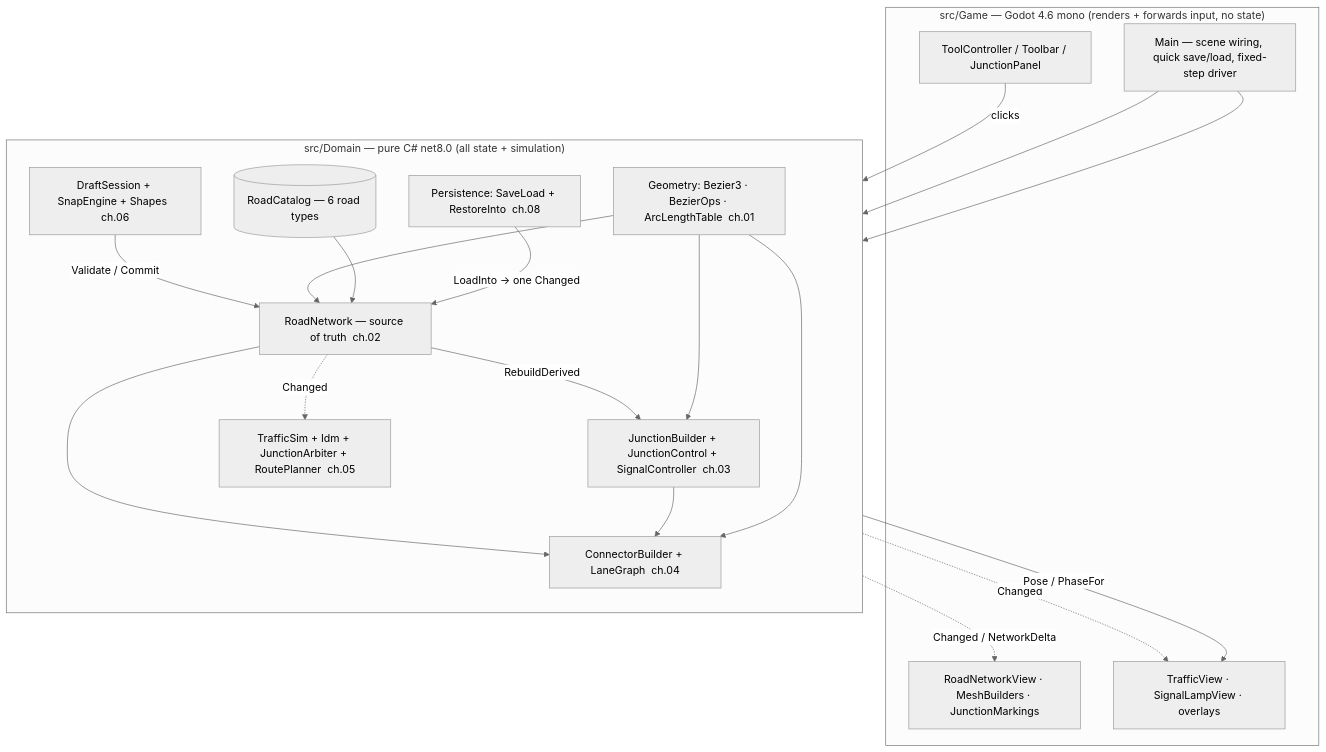
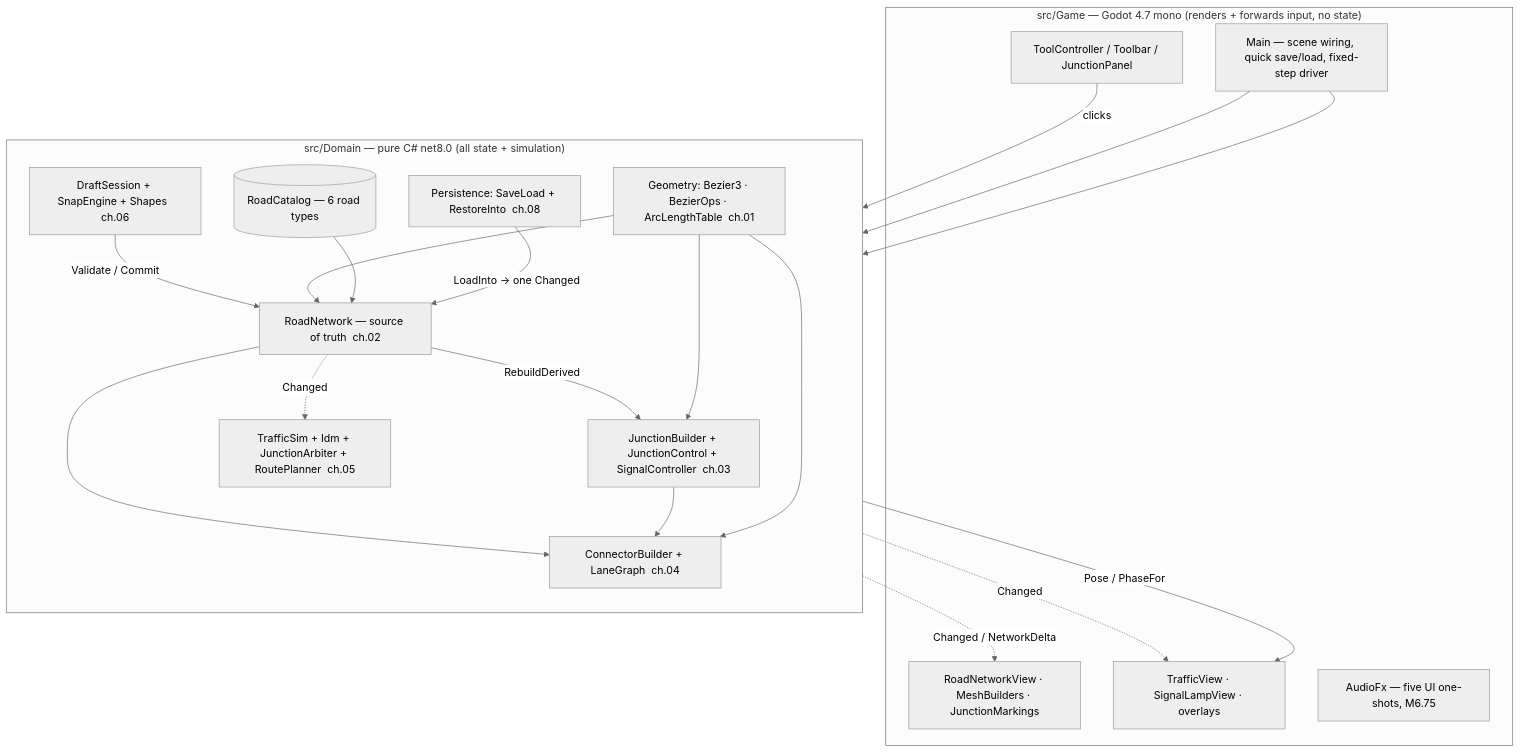
Before and after one commit to thecherry94/citybuilder: the diagram in docs/manual/00-overview.md, drawn with Mermaid (neutral theme). The commit also changed 10 other files, not shown here.

First line of the commit message:
docs+cert: M6.75 road-building feel — fuzz 3x10k green, KPI M6.75 health report (validate500 spike shown environmental via A/B worktree), manual/conventions/roadmap/spec drift

````diff
--- a/docs/manual/00-overview.md
+++ b/docs/manual/00-overview.md
@@ -44,36 +44,37 @@
 ```mermaid
 flowchart TB
-    subgraph Game["src/Game — Godot 4.6 mono (renders + forwards input, no state)"]
+    subgraph Game["src/Game — Godot 4.7 mono (renders + forwards input, no state)"]
         TC[ToolController / Toolbar / JunctionPanel]
         RV[RoadNetworkView · MeshBuilders · JunctionMarkings]
         TV[TrafficView · SignalLampView · overlays]
+        AFX[AudioFx — five UI one-shots, M6.75]
         MAIN[Main — scene wiring, quick save/load, fixed-step driver]
     end
     subgraph Domain["src/Domain — pure C# net8.0 (all state + simulation)"]
         direction TB
         DS[DraftSession + SnapEngine + Shapes  ch.06]
         RN[RoadNetwork — source of truth  ch.02]
         GEO[Geometry: Bezier3 · BezierOps · ArcLengthTable  ch.01]
         JB[JunctionBuilder + JunctionControl + SignalController  ch.03]
         CB[ConnectorBuilder + LaneGraph  ch.04]
         SIM[TrafficSim + Idm + JunctionArbiter + RoutePlanner  ch.05]
         PERS[Persistence: SaveLoad + RestoreInto  ch.08]
         CAT[(RoadCatalog — 6 road types)]
     end
     TC -->|clicks| DS
     DS -->|Validate / Commit| RN
     RN -->|RebuildDerived| JB
     RN --> CB
     JB --> CB
     RN -.Changed / NetworkDelta.-> RV
     RN -.Changed.-> SIM
     RN -.Changed.-> TV
     GEO --> RN
     GEO --> JB
     GEO --> CB
     CAT --> RN
     SIM -->|Pose / PhaseFor| TV
     PERS -->|LoadInto → one Changed| RN
     MAIN --> PERS
     MAIN --> DS
 ```
````
